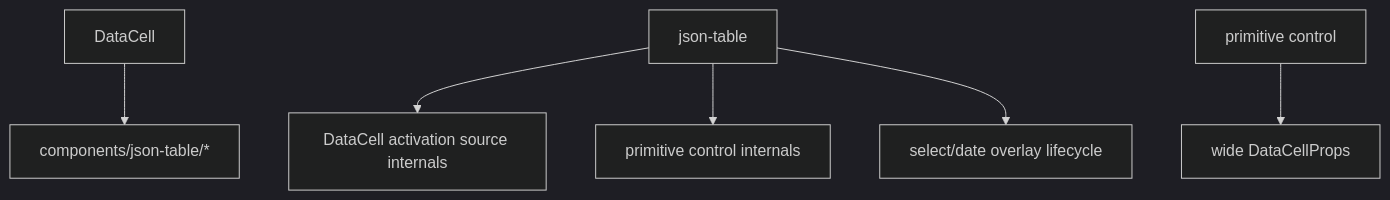
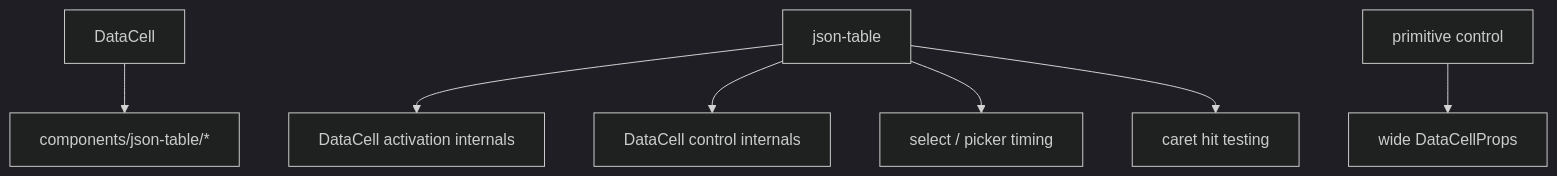
Before and after one commit to retab-dev/retab-ui: the second of 2 diagrams in design/data-cell-json-table-total-primitive-boundary-blueprint.md, drawn with Mermaid (dark theme). The commit also changed other lines of this file and 277 other files, not shown here.

````diff
--- a/design/data-cell-json-table-total-primitive-boundary-blueprint.md
+++ b/design/data-cell-json-table-total-primitive-boundary-blueprint.md
@@ -116,8 +136,9 @@
 ```mermaid
 flowchart TD
   DataCell["DataCell"] --> JsonTableCode["components/json-table/*"]
-  JsonTable["json-table"] --> ActivationSources["DataCell activation source internals"]
-  JsonTable --> ControlInternals["primitive control internals"]
-  JsonTable --> OverlayLifecycle["select/date overlay lifecycle"]
-  Control["primitive control"] --> WideProps["wide DataCellProps"]
+  JsonTable["json-table"] --> ActivationInternals["DataCell activation internals"]
+  JsonTable --> ControlInternals["DataCell control internals"]
+  JsonTable --> OverlayTiming["select / picker timing"]
+  JsonTable --> CaretPolicy["caret hit testing"]
+  Control["primitive control"] --> DataCellProps["wide DataCellProps"]
 ```
````
